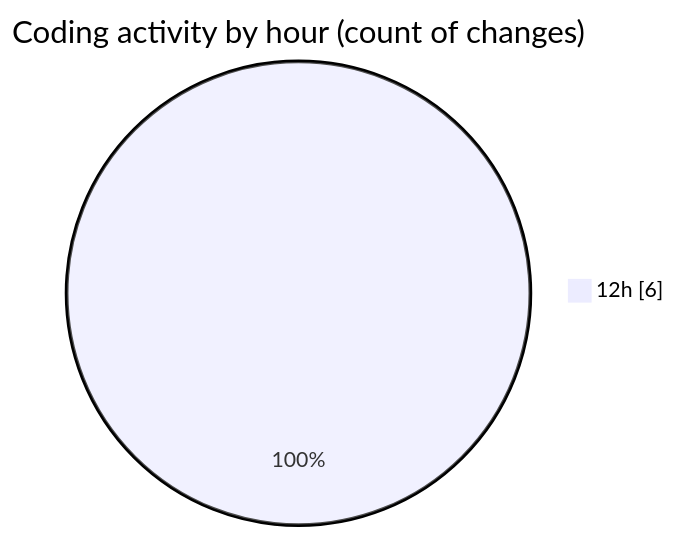
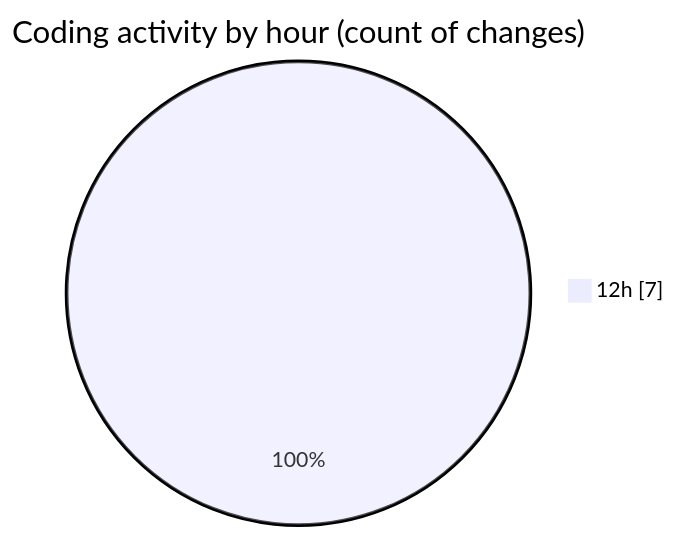
The second of 2 diagrams in 2026-06-09/cilreports__workspace_/README.md (ricardozamudiocil/code-tracking), drawn with Mermaid before and after one commit. The commit also changed other lines of this file and 1 other file, not shown here.

````diff
--- a/2026-06-09/cilreports__workspace_/README.md
+++ b/2026-06-09/cilreports__workspace_/README.md
@@ -32,5 +33,5 @@
 ```mermaid
 pie showData
 title Coding activity by hour (count of changes)
-"12h" : 6
+"12h" : 7
 ```
````
